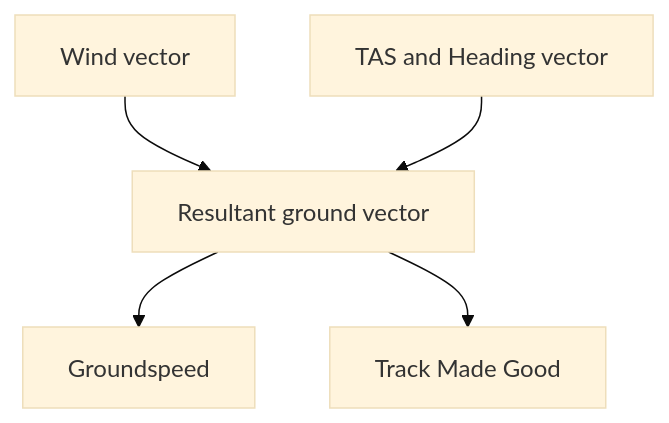
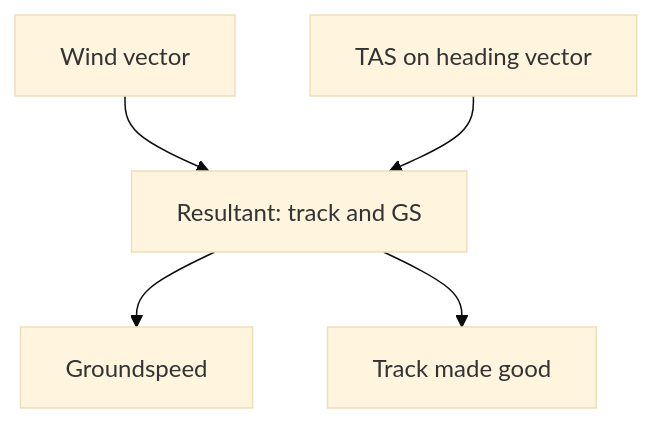
Before and after one commit to shivanraptor/pilot-ppl-notes: the second of 5 diagrams in casa_ppl_exam/ch6_navigation.md, drawn with Mermaid (base theme). The commit also changed other lines of this file and 7 other files, not shown here.

````diff
--- a/casa_ppl_exam/ch6_navigation.md
+++ b/casa_ppl_exam/ch6_navigation.md
@@ -110,7 +132,7 @@
 ```mermaid
 flowchart TD
-    W[Wind vector] --> R[Resultant ground vector]
-    A[TAS and Heading vector] --> R
+    W[Wind vector] --> R[Resultant: track and GS]
+    A[TAS on heading vector] --> R
     R --> GS[Groundspeed]
-    R --> TMG[Track Made Good]
+    R --> TRK[Track made good]
 ```
````
